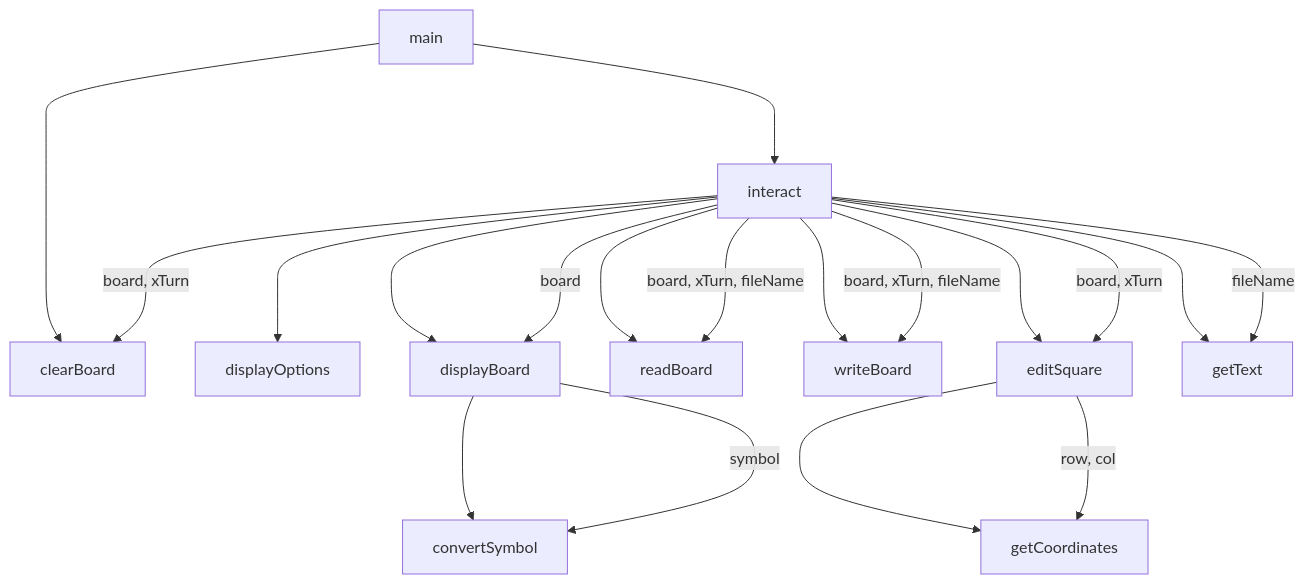
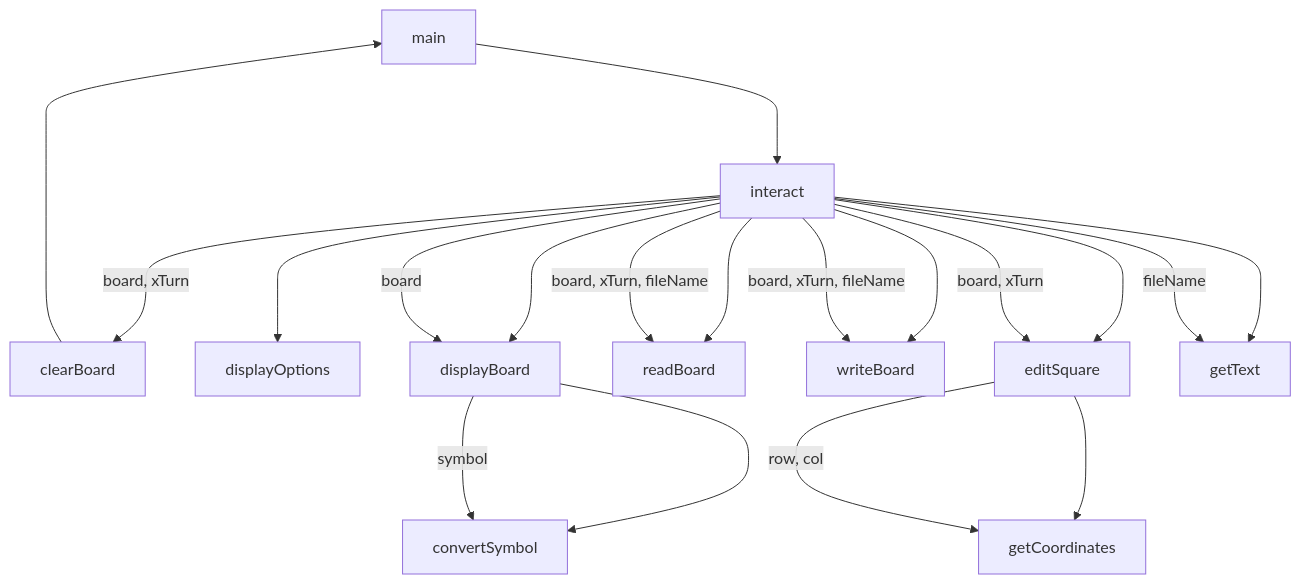
One commit to ehrrsn7/object-oriented-programming changed the diagram in cpp/Unit-1/Chapter-1.0/1.0-Design-Documents.ai.md. Above: the diagram before and after it, drawn with Mermaid.

Commit message:
🤖 AI C21902i10:02 AM: ${AMi8e13AMge} | ${7AM10:02 AMe}

```diff
--- a/cpp/Unit-1/Chapter-1.0/1.0-Design-Documents.ai.md
+++ b/cpp/Unit-1/Chapter-1.0/1.0-Design-Documents.ai.md
@@ -196,23 +196,23 @@
 :::mermaid
 graph TD
     main         ---> interact
-    main         ---> clearBoard
+    clearBoard   ---> main
     interact     ---> displayOptions
     interact     ---> displayBoard
     interact     ---> readBoard
     interact     ---> writeBoard
     interact     ---> editSquare
     interact     ---> getText
 
     displayBoard ---> convertSymbol
     editSquare   ---> getCoordinates
 
     interact     --->|"board, xTurn"| clearBoard
     interact     --->|"board"| displayBoard
     interact     --->|"board, xTurn, fileName"| readBoard
     interact     --->|"board, xTurn, fileName"| writeBoard
     interact     --->|"board, xTurn"| editSquare
     interact     --->|"fileName"| getText
     displayBoard --->|"symbol"| convertSymbol
     editSquare   --->|"row, col"| getCoordinates
 :::
```
